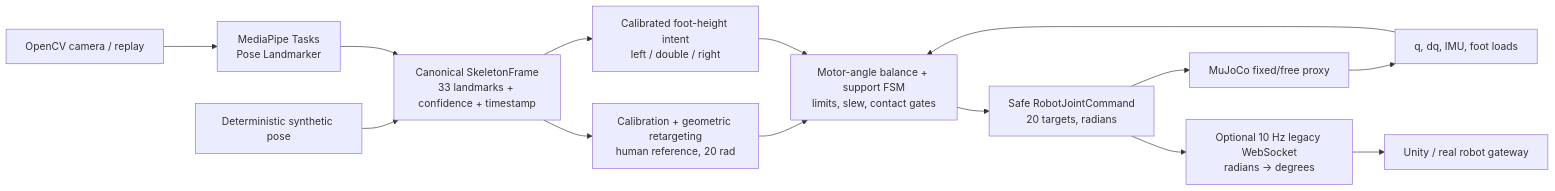
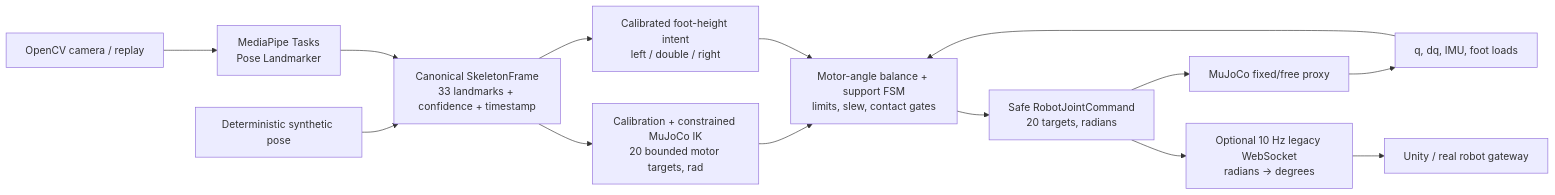
One commit to nameunique/robot-human-interface changed the diagram in README.md. Above: the diagram before and after it, drawn with Mermaid. The commit also changed other lines of this file and 28 other files, not shown here.

````diff
--- a/README.md
+++ b/README.md
@@ -393,16 +425,16 @@
 ```mermaid
 flowchart LR
     Camera["OpenCV camera / replay"] --> Pose["MediaPipe Tasks\nPose Landmarker"]
     Synthetic["Deterministic synthetic pose"] --> Skeleton["Canonical SkeletonFrame\n33 landmarks + confidence + timestamp"]
     Pose --> Skeleton
-    Skeleton --> Retarget["Calibration + geometric retargeting\nhuman reference, 20 rad"]
+    Skeleton --> Retarget["Calibration + constrained MuJoCo IK\n20 bounded motor targets, rad"]
     Skeleton --> Intent["Calibrated foot-height intent\nleft / double / right"]
     Retarget --> Balance["Motor-angle balance + support FSM\nlimits, slew, contact gates"]
     Intent --> Balance
     State["q, dq, IMU, foot loads"] --> Balance
     Balance --> Safe["Safe RobotJointCommand\n20 targets, radians"]
     Safe --> MuJoCo["MuJoCo fixed/free proxy"]
     MuJoCo --> State
     Safe --> WS["Optional 10 Hz legacy WebSocket\nradians → degrees"]
     WS --> Unity["Unity / real robot gateway"]
 ```
````
